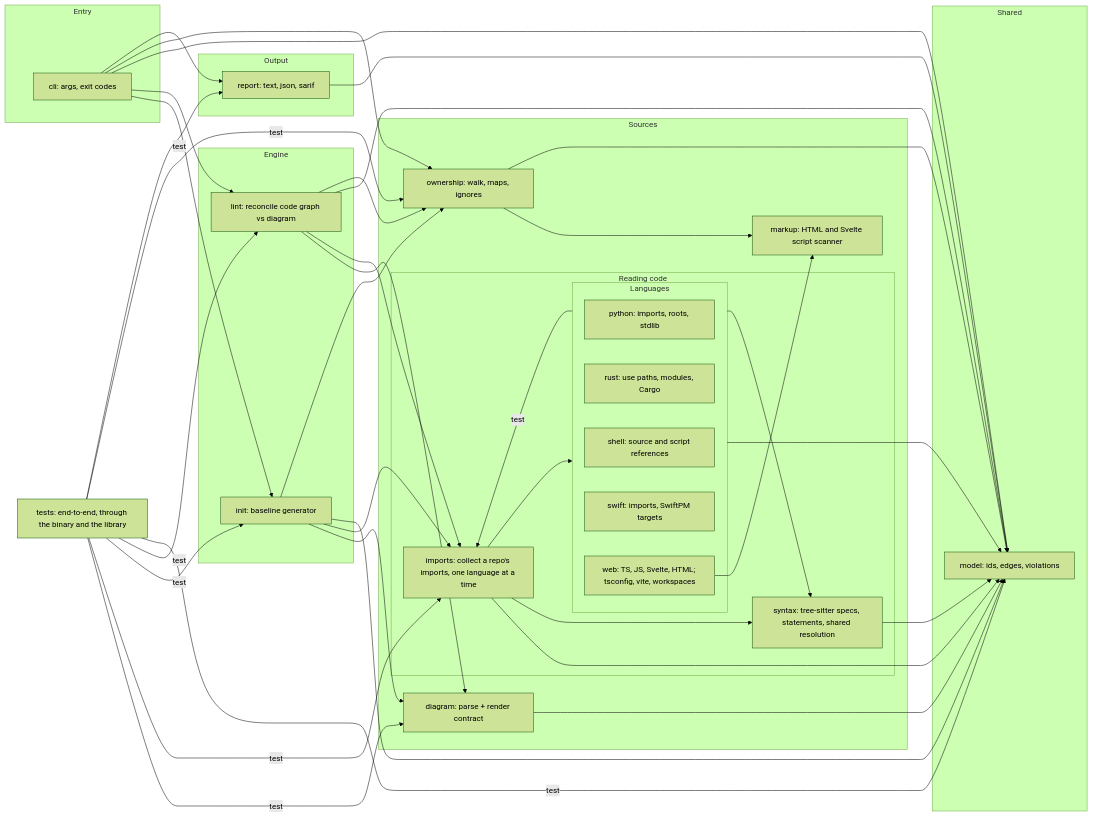
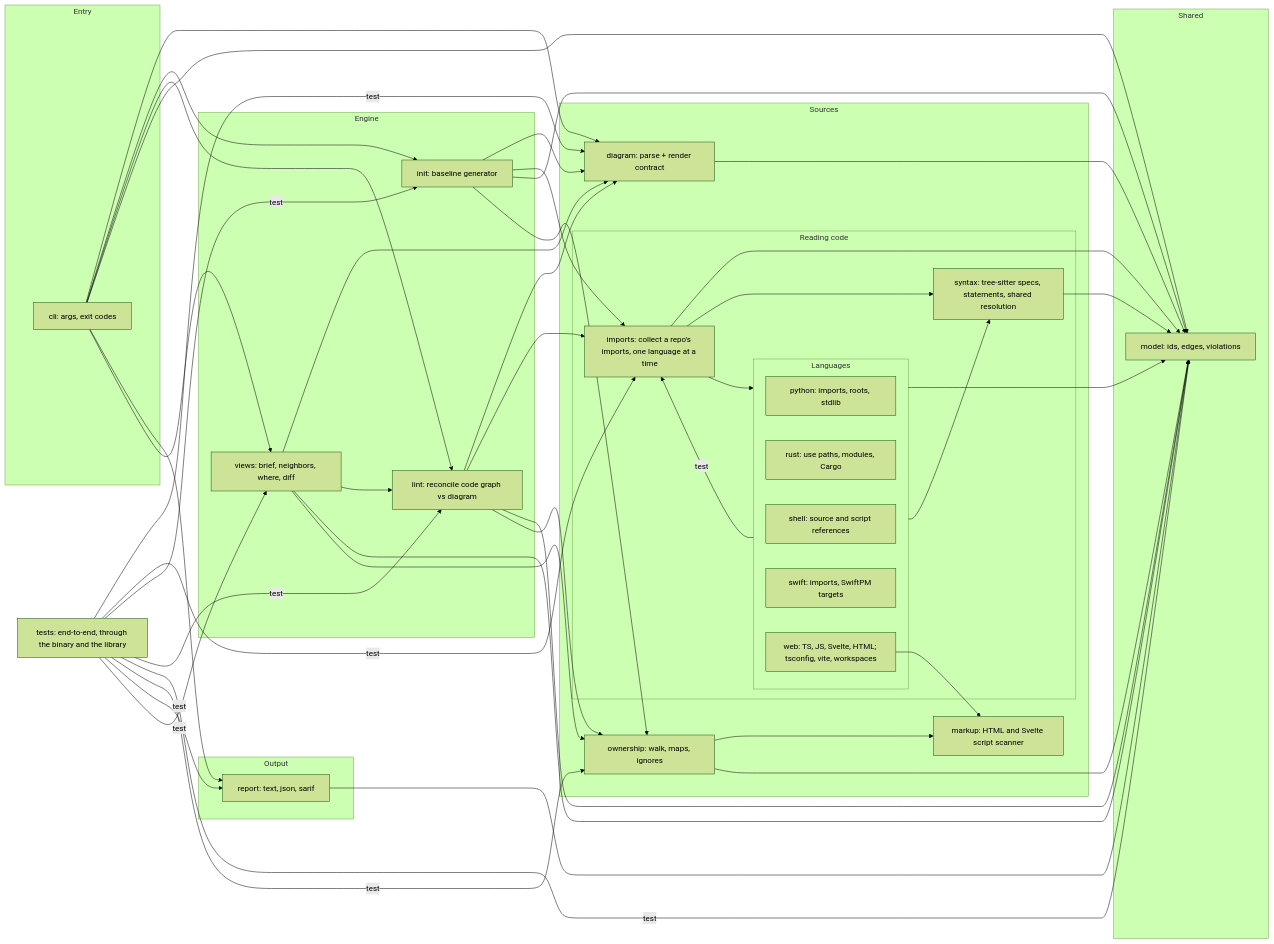
Before and after one commit to phanshiyu/driftwall: the diagram in architecture.mmd, drawn with Mermaid (forest theme). The commit also changed 32 other files, not shown here.

First line of the commit message:
views: brief, neighbors, where and diff leave lint; where renders in report

```diff
--- a/architecture.mmd
+++ b/architecture.mmd
@@ -1,115 +1,124 @@
 %% driftwall architecture contract.
 %% Solid arrow  (-->)  = implemented dependency, enforced.
 %% Dotted arrow (-.->) = planned dependency, tolerated until built.
 flowchart LR
 
   subgraph engine["Engine"]
     init["init: baseline generator"]
     lint["lint: reconcile code graph vs diagram"]
+    views["views: brief, neighbors, where, diff"]
   end
 
   subgraph entry["Entry"]
     cli["cli: args, exit codes"]
   end
 
   subgraph output["Output"]
     report["report: text, json, sarif"]
   end
 
   subgraph shared["Shared"]
     model["model: ids, edges, violations"]
   end
 
   subgraph sources["Sources"]
     subgraph reading["Reading code"]
       subgraph languages["Languages"]
         python["python: imports, roots, stdlib"]
         rust["rust: use paths, modules, Cargo"]
         shell["shell: source and script references"]
         swift["swift: imports, SwiftPM targets"]
         web["web: TS, JS, Svelte, HTML; tsconfig, vite, workspaces"]
       end
       imports["imports: collect a repo's imports, one language at a time"]
       syntax["syntax: tree-sitter specs, statements, shared resolution"]
     end
     diagram["diagram: parse + render contract"]
     markup["markup: HTML and Svelte script scanner"]
     ownership["ownership: walk, maps, ignores"]
   end
 
   tests["tests: end-to-end, through the binary and the library"]
 
+  cli --> diagram
   cli --> init
   cli --> lint
   cli --> model
-  cli --> ownership
   cli --> report
+  cli --> views
   diagram --> model
   imports --> model
   imports --> syntax
   init --> diagram
   init --> imports
   init --> model
   init --> ownership
   lint --> diagram
   lint --> imports
   lint --> model
   lint --> ownership
   ownership --> markup
   ownership --> model
   report --> model
   syntax --> model
   tests -->|test| diagram
   tests -->|test| imports
   tests -->|test| init
   tests -->|test| lint
   tests -->|test| model
   tests -->|test| ownership
   tests -->|test| report
+  tests -->|test| views
+  views --> diagram
+  views --> lint
+  views --> model
+  views --> ownership
   web --> markup
   imports --> languages
   languages -->|test| imports
   languages --> model
   languages --> syntax
 
   %% exports imports: Facades, FileImports, ImportsError, collect_with_assets, collect_with_facades, swift_targets
 
   %% order: entry > output > engine > sources > shared
   %% isolated: languages
   %% no-cycles
   %% no-cycles: boundaries
   %% tests: isolated
   %% facade imports
 
-  %% packages cli: anyhow, clap, serde, serde_json, tempfile
+  %% packages cli: anyhow, clap, tempfile
   %% packages diagram: thiserror
   %% packages imports: rayon, thiserror, tree_sitter
   %% packages init: serde, serde_json, thiserror, toml
   %% packages lint: thiserror
   %% packages markup:
   %% packages model: serde, thiserror
   %% packages ownership: ignore, thiserror
   %% packages python: jsonc_parser, serde_json, toml, tree_sitter, tree_sitter_python
   %% packages report: serde, serde_json, thiserror
   %% packages rust: rayon, serde, toml, tree_sitter, tree_sitter_rust
   %% packages shell: tree_sitter, tree_sitter_bash
   %% packages swift: tree_sitter, tree_sitter_swift
   %% packages syntax: tree_sitter
+  %% packages views: thiserror
   %% packages web: jsonc_parser, serde, serde_json, tree_sitter, tree_sitter_javascript, tree_sitter_typescript
 
   %% map cli: src/cli/, src/lib.rs
   %% map lint: src/lint/
   %% map init: src/init/
   %% map diagram: src/diagram/
   %% map ownership: src/ownership/
   %% map imports: src/imports/
   %% map tests: tests/
+  %% map views: src/views/
   %% map web: src/imports/web/
   %% map python: src/imports/python/
   %% map rust: src/imports/rust/
   %% map swift: src/imports/swift/
   %% map shell: src/imports/shell/
   %% map syntax: src/imports/syntax/
   %% map markup: src/markup/
   %% map model: src/model/
   %% map report: src/report/
```
